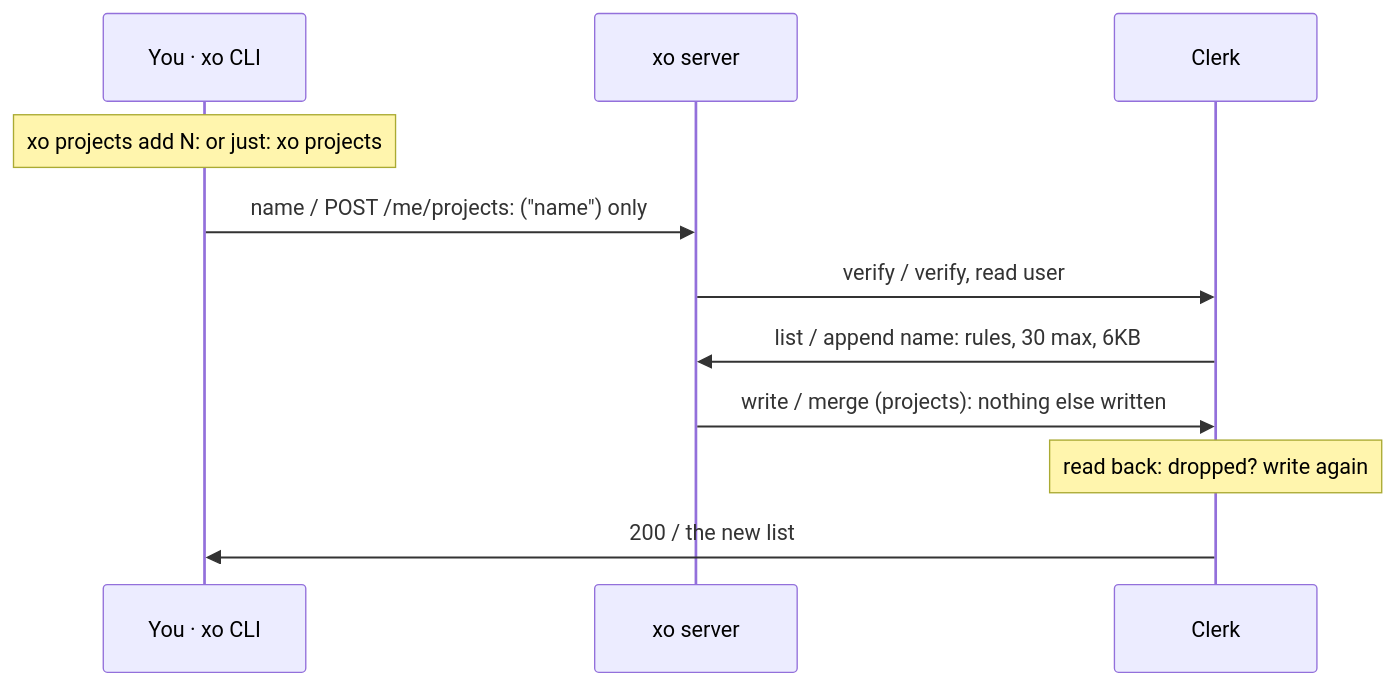
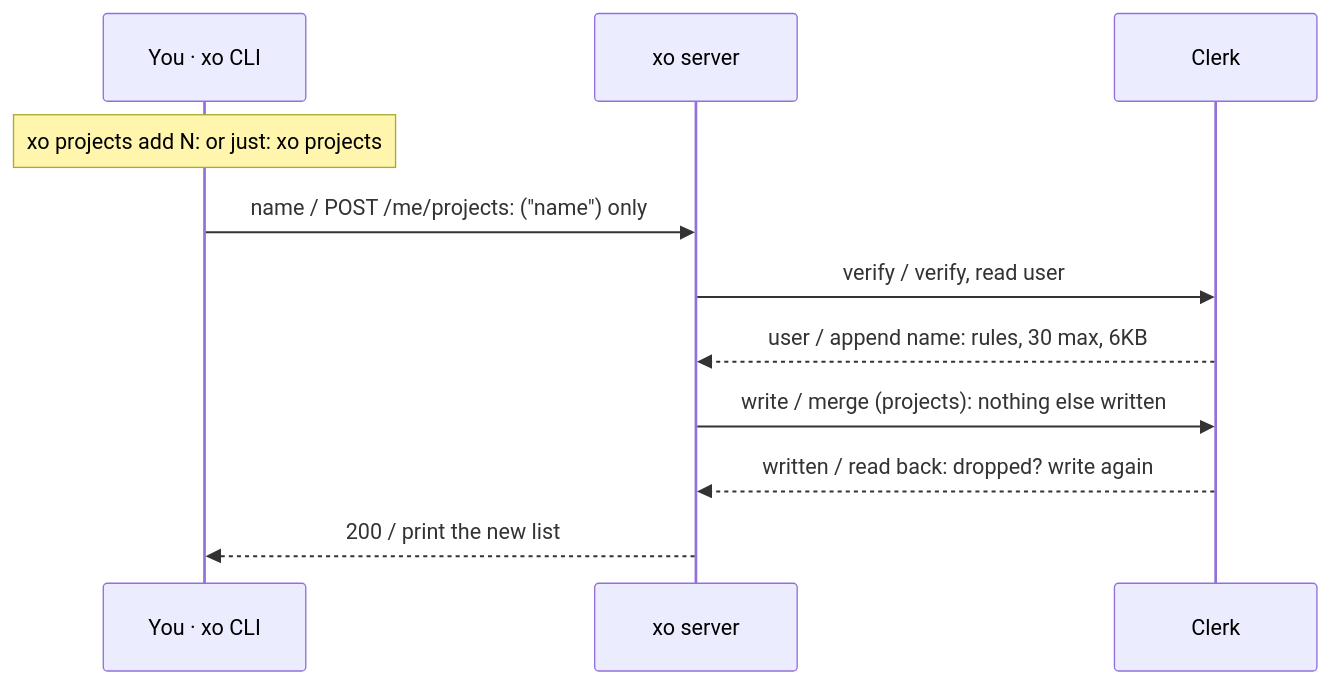
Diagram 11 of 32 in docs/architecture.md (quirq-ai/xo), drawn with Mermaid before and after one commit. The commit also changed other lines of this file and 10 other files, not shown here.

First line of the commit message:
xo create and architecture: audit fixes on top of #35 and #36

````diff
--- a/docs/architecture.md
+++ b/docs/architecture.md
@@ -249,13 +266,13 @@
 ```mermaid
 sequenceDiagram
   participant Cli as You · xo CLI
   participant Srv as xo server
   participant Clerk as Clerk
   Note over Cli: xo projects add N: or just: xo projects
   Cli->>Srv: name / POST /me/projects: ("name") only
   Srv->>Clerk: verify / verify, read user
-  Clerk->>Srv: list / append name: rules, 30 max, 6KB
+  Clerk-->>Srv: user / append name: rules, 30 max, 6KB
   Srv->>Clerk: write / merge (projects): nothing else written
-  Note over Clerk: read back: dropped? write again
-  Clerk->>Cli: 200 / the new list
+  Clerk-->>Srv: written / read back: dropped? write again
+  Srv-->>Cli: 200 / print the new list
 ```
````
